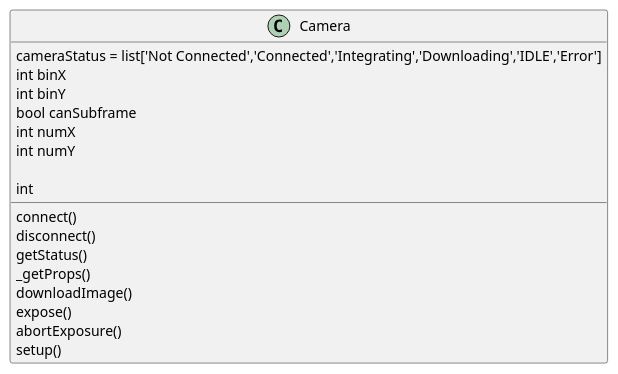
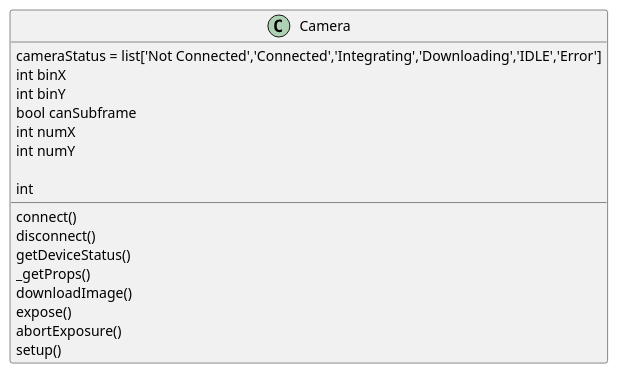
The diagram in uml/camera_base.puml (sayitfast/MountWizzard3), drawn with PlantUML before and after one commit. The commit also changed 7 other files, not shown here.

```diff
--- a/uml/camera_base.puml
+++ b/uml/camera_base.puml
@@ -1,22 +1,22 @@
 @startuml
 
 class Camera {
 cameraStatus = list['Not Connected','Connected','Integrating','Downloading','IDLE','Error']
 int binX
 int binY
 bool canSubframe
 int numX
 int numY
 
 int
 connect()
 disconnect()
-getStatus()
+getDeviceStatus()
 _getProps()
 downloadImage()
 expose()
 abortExposure()
 setup()
 }
 
 @enduml
```
